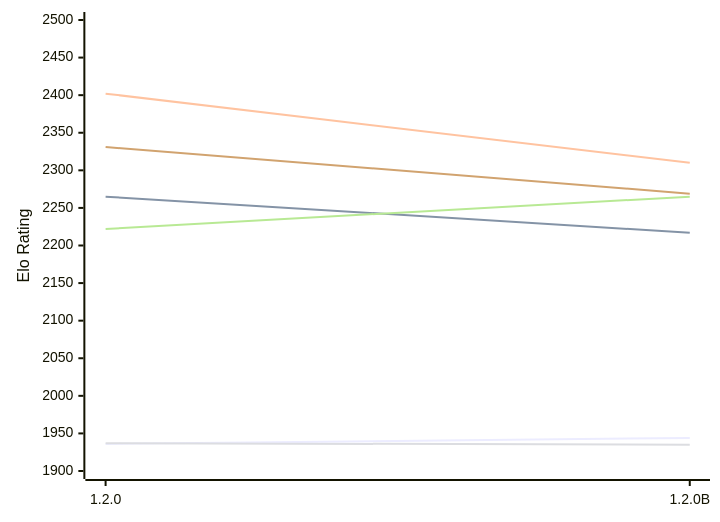
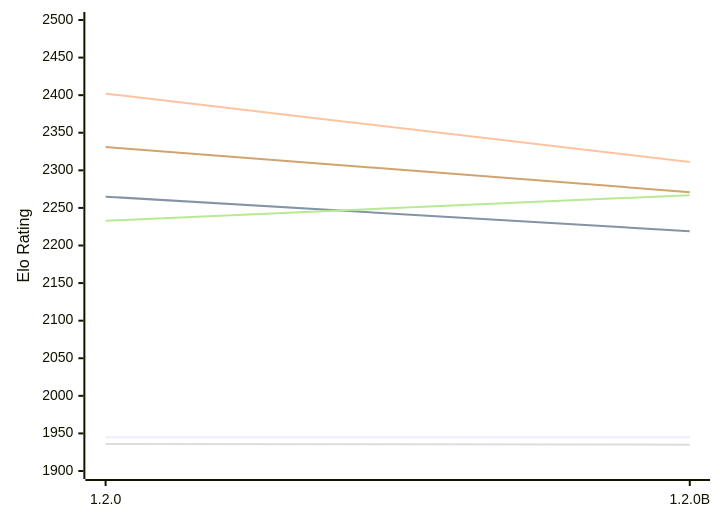
The first of 2 diagrams in engines/Soomi.md (computer-chess-index/cci), drawn with Mermaid before and after one commit. The commit also changed other lines of this file, not shown here.

Commit message:
Update CCI Ratings (ELO VLTC) - 2026-11-26

````diff
--- a/engines/Soomi.md
+++ b/engines/Soomi.md
@@ -53,12 +53,12 @@
 ```mermaid
 %%{init: {"theme":"base","themeVariables":{"seriesColors:['#a3a3a3','#222221','#faa371']}}}%%
 xychart-beta
   x-axis ["1.2.0", "1.2.0B"]
   y-axis "Elo Rating" 1900 --> 2500
-  line "E1: STC (8.0+0.08s)" [1936, 1944]
-  line "E1: LTC (60.0+0.60s)" [2265, 2217]
-  line "E1: VLTC (2m24s+1.12s)" [2402, 2310]
-  line "P1: STC (8.0+0.08s)" [1937, 1935]
-  line "P1: LTC (60.0+0.60s)" [2222, 2265]
-  line "P1: VLTC (2m24s+1.12s)" [2331, 2269]
+  line "E1: STC (8.0+0.08s)" [1945, 1945]
+  line "E1: LTC (60.0+0.60s)" [2265, 2219]
+  line "E1: VLTC (2m24s+1.12s)" [2402, 2311]
+  line "P1: STC (8.0+0.08s)" [1936, 1935]
+  line "P1: LTC (60.0+0.60s)" [2233, 2267]
+  line "P1: VLTC (2m24s+1.12s)" [2331, 2271]
 ```
````
